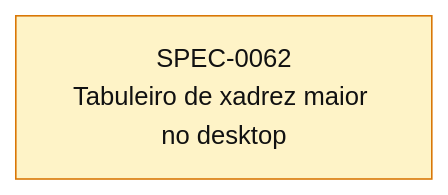
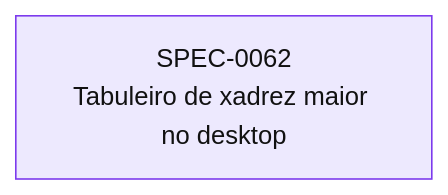
Before and after one commit to thomasravache/jogo-da-velha-multiplayer: the diagram in docs/specs/INDEX.md, drawn with Mermaid (neutral theme). The commit also changed other lines of this file and 1 other file, not shown here.

First line of the commit message:
docs(specs): aprovar e iniciar SPEC-0062

````diff
--- a/docs/specs/INDEX.md
+++ b/docs/specs/INDEX.md
@@ -37,9 +37,9 @@
 ```mermaid
 flowchart LR
-  S0062["SPEC-0062<br/>Tabuleiro de xadrez maior no desktop"]:::proposed
+  S0062["SPEC-0062<br/>Tabuleiro de xadrez maior no desktop"]:::inprogress
   classDef proposed fill:#fef3c7,stroke:#d97706,color:#111
   classDef approved fill:#dbeafe,stroke:#2563eb,color:#111
   classDef inprogress fill:#ede9fe,stroke:#7c3aed,color:#111
   classDef implemented fill:#dcfce7,stroke:#16a34a,color:#111
   classDef deprecated fill:#f3f4f6,stroke:#9ca3af,color:#6b7280
 ```
````
